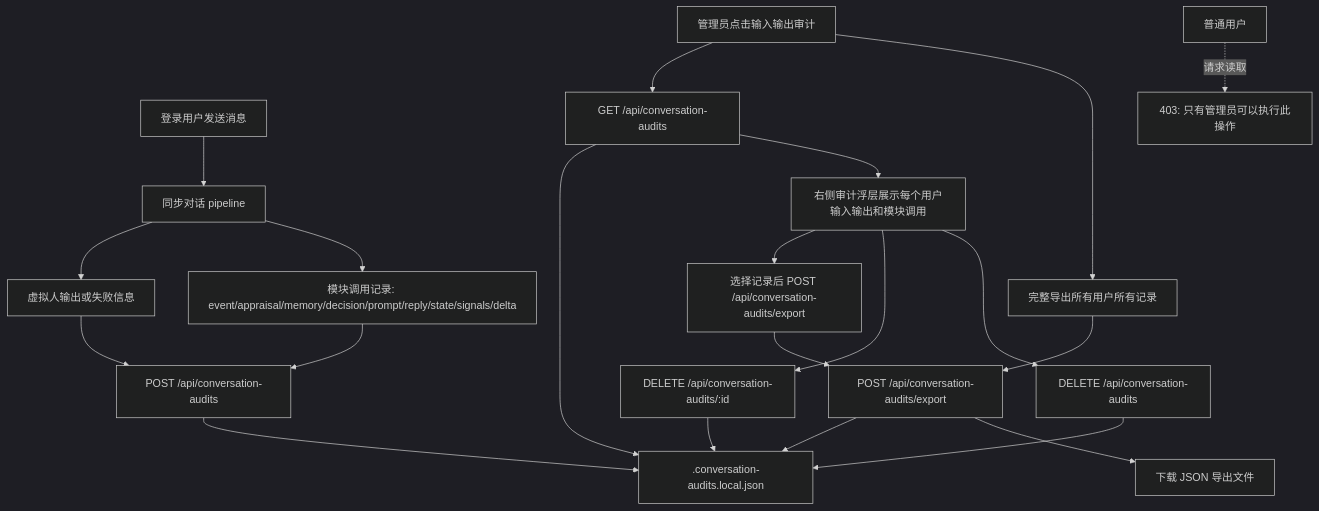
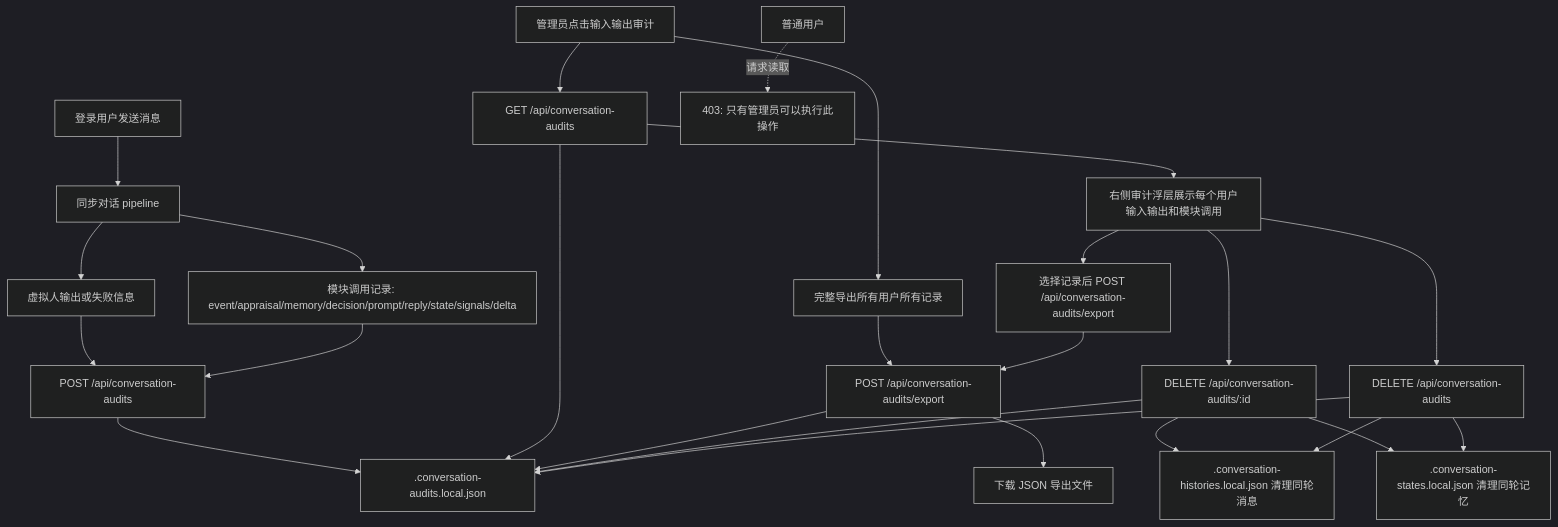
The tenth of 31 diagrams in docs/SYSTEM_FLOW.md (ttmanthatman/virtual-human-flow), drawn with Mermaid (dark theme) before and after one commit. The commit also changed other lines of this file and 16 other files, not shown here.

````diff
--- a/docs/SYSTEM_FLOW.md
+++ b/docs/SYSTEM_FLOW.md
@@ -282,23 +282,27 @@
 ```mermaid
 flowchart TD
     U[登录用户发送消息] --> PIPE[同步对话 pipeline]
     PIPE --> OUT[虚拟人输出或失败信息]
     OUT --> AUDIT[POST /api/conversation-audits]
     PIPE --> MODULES[模块调用记录: event/appraisal/memory/decision/prompt/reply/state/signals/delta]
     MODULES --> AUDIT
     AUDIT --> STORE[.conversation-audits.local.json]
     ADMIN[管理员点击输入输出审计] --> READ[GET /api/conversation-audits]
     READ --> STORE
     READ --> UI[右侧审计浮层展示每个用户输入输出和模块调用]
     UI --> EXPORTSEL[选择记录后 POST /api/conversation-audits/export]
     ADMIN --> EXPORTALL[完整导出所有用户所有记录]
     EXPORTALL --> EXPORTAPI[POST /api/conversation-audits/export]
     EXPORTSEL --> EXPORTAPI
     EXPORTAPI --> STORE
     EXPORTAPI --> JSON[下载 JSON 导出文件]
     UI --> DELONE[DELETE /api/conversation-audits/:id]
     UI --> CLEAR[DELETE /api/conversation-audits]
     DELONE --> STORE
     CLEAR --> STORE
+    DELONE --> HISTSTORE[.conversation-histories.local.json 清理同轮消息]
+    DELONE --> STATESTORE[.conversation-states.local.json 清理同轮记忆]
+    CLEAR --> HISTSTORE
+    CLEAR --> STATESTORE
     USER[普通用户] -. 请求读取 .-> DENY[403: 只有管理员可以执行此操作]
 ```
````
